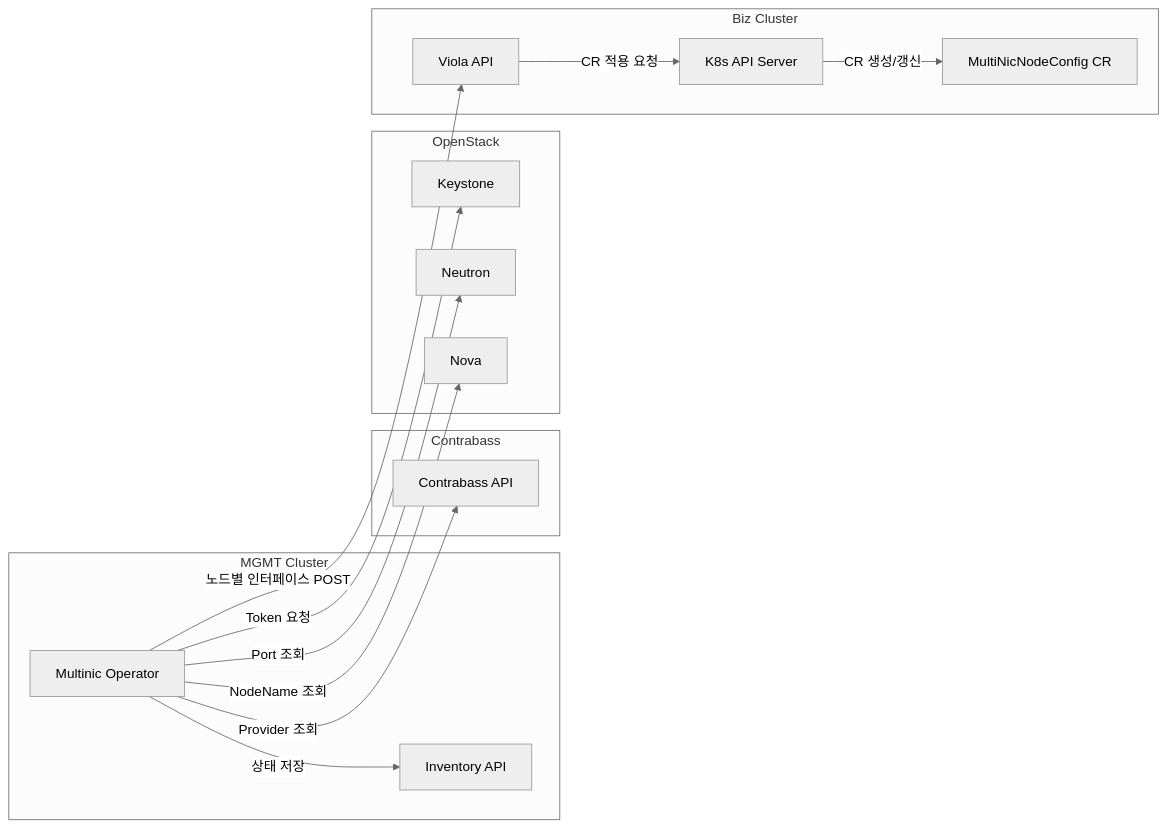
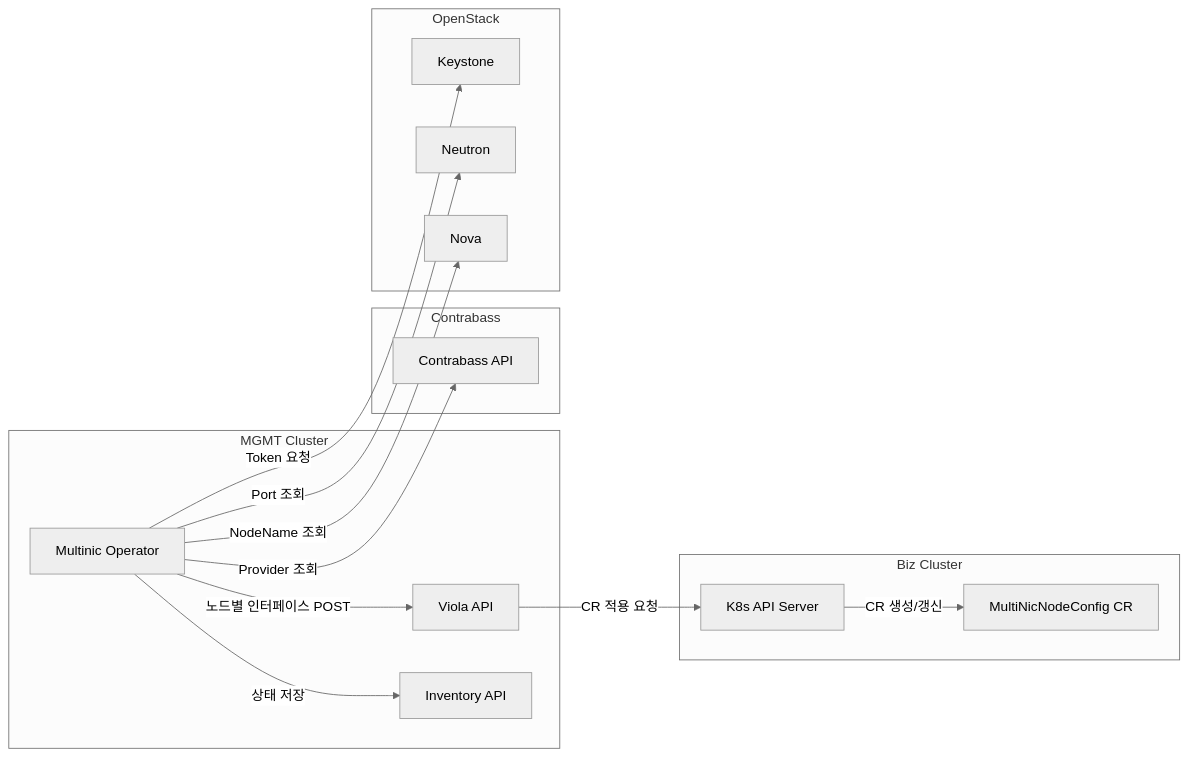
One commit to Minzino/multi-network-interface-operator changed the first of 2 diagrams in README.md. Above: the diagram before and after it, drawn with Mermaid (neutral theme). The commit also changed other lines of this file, not shown here.

Commit message:
docs: move viola api to mgmt cluster

````diff
--- a/README.md
+++ b/README.md
@@ -98,32 +98,32 @@
 ```mermaid
 flowchart LR
   subgraph MGMT["MGMT Cluster"]
     OP[Multinic Operator]
+    VA[Viola API]
     INV[Inventory API]
   end
 
   subgraph CB["Contrabass"]
     CAPI[Contrabass API]
   end
 
   subgraph OS["OpenStack"]
     KS[Keystone]
     NE[Neutron]
     NO[Nova]
   end
 
   subgraph BIZ["Biz Cluster"]
-    VA[Viola API]
     KAPI[K8s API Server]
     CR[MultiNicNodeConfig CR]
   end
 
   OP -->|Provider 조회| CAPI
   OP -->|Token 요청| KS
   OP -->|Port 조회| NE
   OP -->|NodeName 조회| NO
   OP -->|노드별 인터페이스 POST| VA
   VA -->|CR 적용 요청| KAPI
   KAPI -->|CR 생성/갱신| CR
   OP -->|상태 저장| INV
 ```
````
